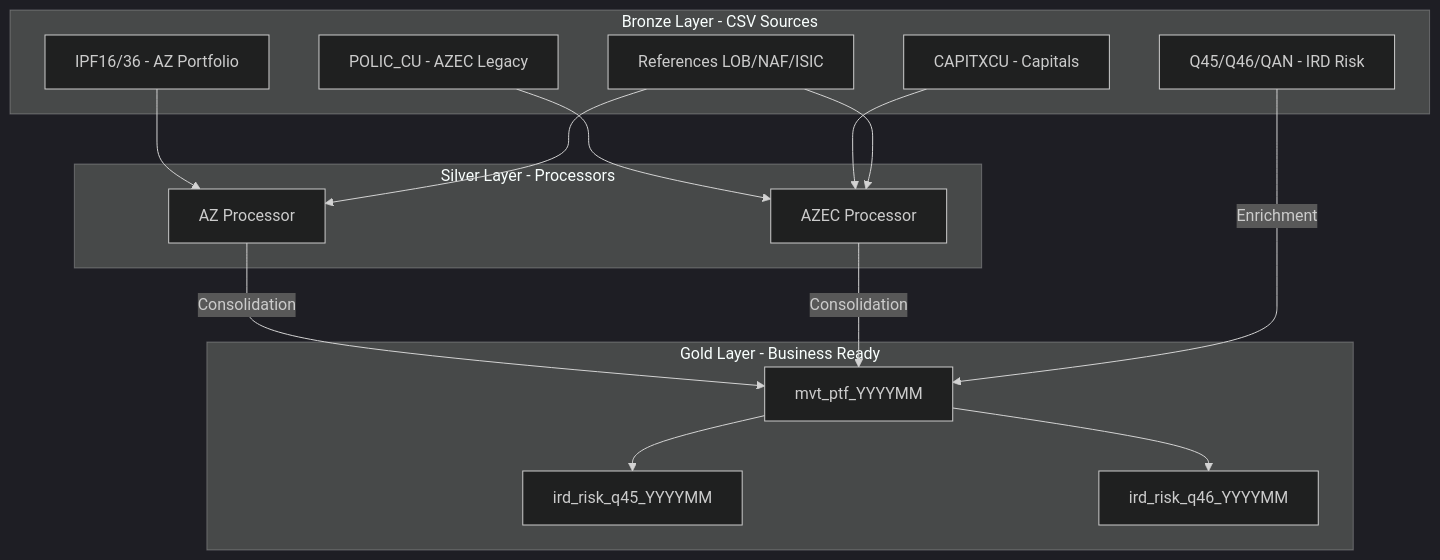
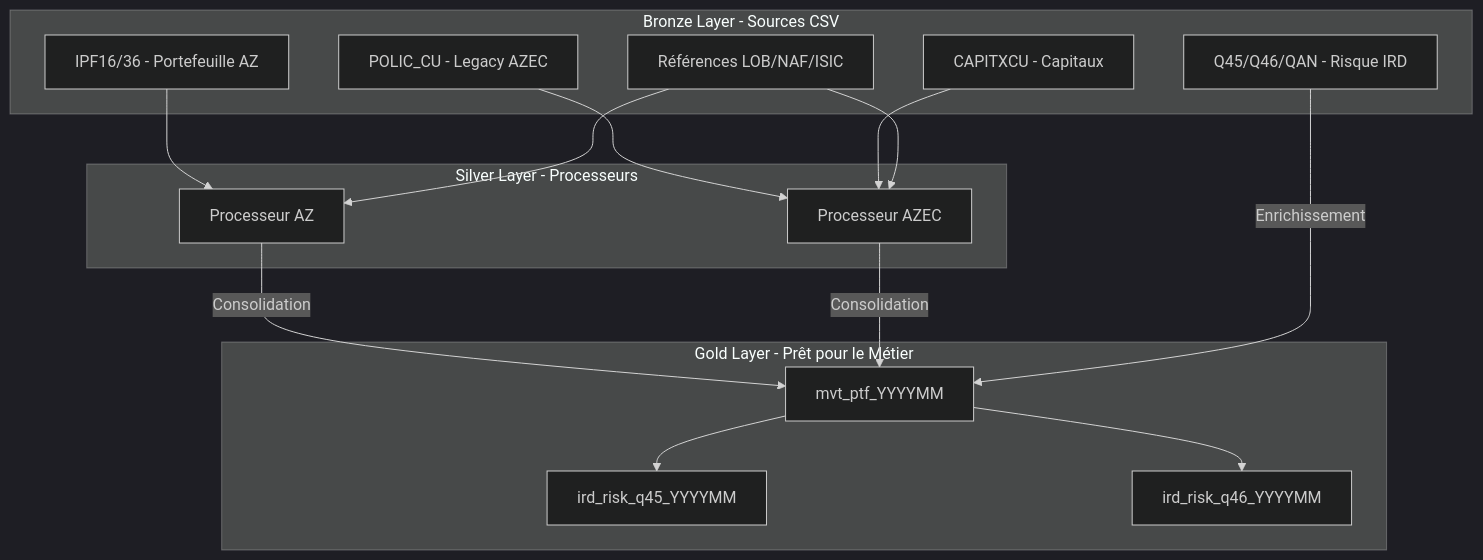
The fourth of 4 diagrams in code/new_python/docs/flux_donnees_pipelines.md (EngineerProjects/LocalIngest), drawn with Mermaid (dark theme) before and after one commit. The commit also changed other lines of this file and 19 other files, not shown here.

````diff
--- a/code/new_python/docs/flux_donnees_pipelines.md
+++ b/code/new_python/docs/flux_donnees_pipelines.md
@@ -213,35 +213,35 @@
 ```mermaid
 graph TB
-    subgraph "Bronze Layer - CSV Sources"
-        B1[IPF16/36 - AZ Portfolio]
-        B2[POLIC_CU - AZEC Legacy]
-        B3[CAPITXCU - Capitals]
-        B4[Q45/Q46/QAN - IRD Risk]
-        B5[References LOB/NAF/ISIC]
+    subgraph "Bronze Layer - Sources CSV"
+        B1[IPF16/36 - Portefeuille AZ]
+        B2[POLIC_CU - Legacy AZEC]
+        B3[CAPITXCU - Capitaux]
+        B4[Q45/Q46/QAN - Risque IRD]
+        B5[Références LOB/NAF/ISIC]
     end
     
-    subgraph "Silver Layer - Processors"
-        S1[AZ Processor]
-        S2[AZEC Processor]
+    subgraph "Silver Layer - Processeurs"
+        S1[Processeur AZ]
+        S2[Processeur AZEC]
     end
     
-    subgraph "Gold Layer - Business Ready"
+    subgraph "Gold Layer - Prêt pour le Métier"
         G1[mvt_ptf_YYYYMM]
         G2[ird_risk_q45_YYYYMM]
         G3[ird_risk_q46_YYYYMM]
     end
     
     B1 --> S1
     B2 --> S2
     B3 --> S2
     B5 --> S1
     B5 --> S2
     
     S1 --> |Consolidation| G1
     S2 --> |Consolidation| G1
     
-    B4 --> |Enrichment| G1
+    B4 --> |Enrichissement| G1
     
     G1 --> G2
     G1 --> G3
 ```
````
